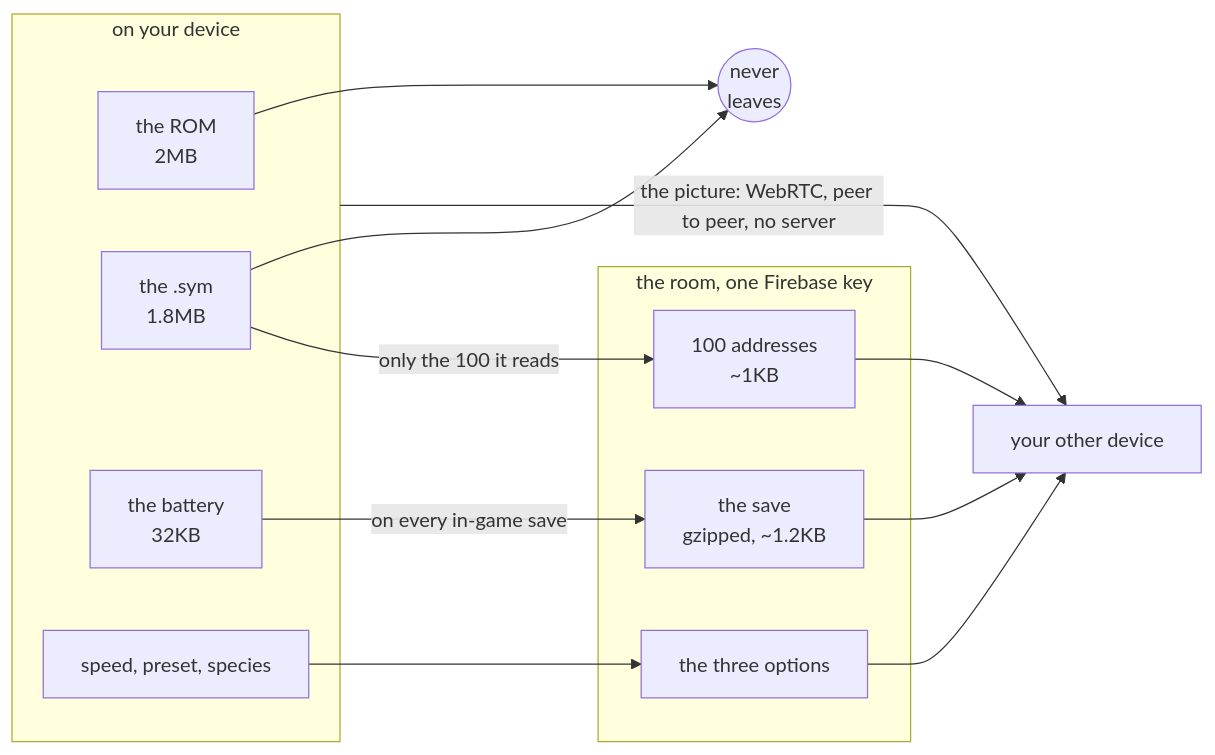
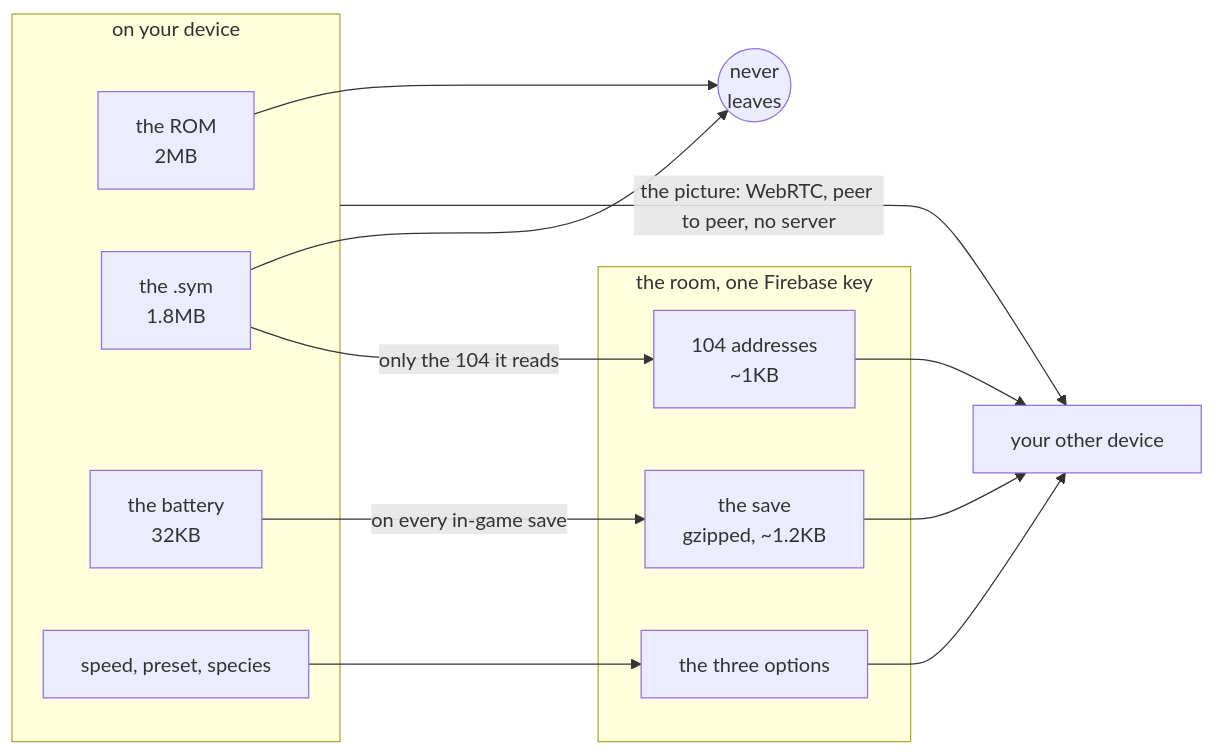
The second of 2 diagrams in docs/DEVICES.md (minormending/crystal-pilot-mobile), drawn with Mermaid before and after one commit. The commit also changed other lines of this file and 6 other files, not shown here.

````diff
--- a/docs/DEVICES.md
+++ b/docs/DEVICES.md
@@ -328,25 +328,25 @@
 ```mermaid
 flowchart LR
     subgraph D["on your device"]
         ROM["the ROM<br/>2MB"]
         SYM["the .sym<br/>1.8MB"]
         SAVE["the battery<br/>32KB"]
         OPT["speed, preset, species"]
     end
     STOP(("never<br/>leaves"))
     subgraph R["the room, one Firebase key"]
-        A["100 addresses<br/>~1KB"]
+        A["104 addresses<br/>~1KB"]
         S["the save<br/>gzipped, ~1.2KB"]
         O["the three options"]
     end
     OTHER["your other device"]
     ROM --> STOP
     SYM --> STOP
-    SYM -->|"only the 100 it reads"| A
+    SYM -->|"only the 104 it reads"| A
     SAVE -->|"on every in-game save"| S
     OPT --> O
     A --> OTHER
     S --> OTHER
     O --> OTHER
     D -->|"the picture: WebRTC, peer to peer, no server"| OTHER
 ```
````
